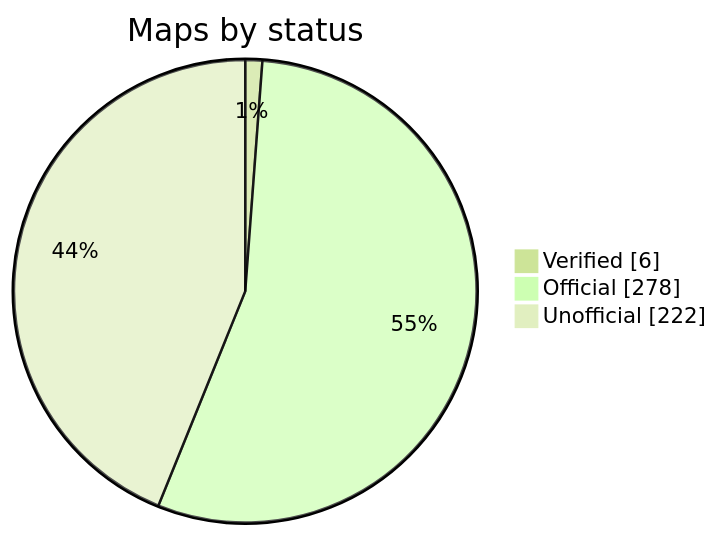
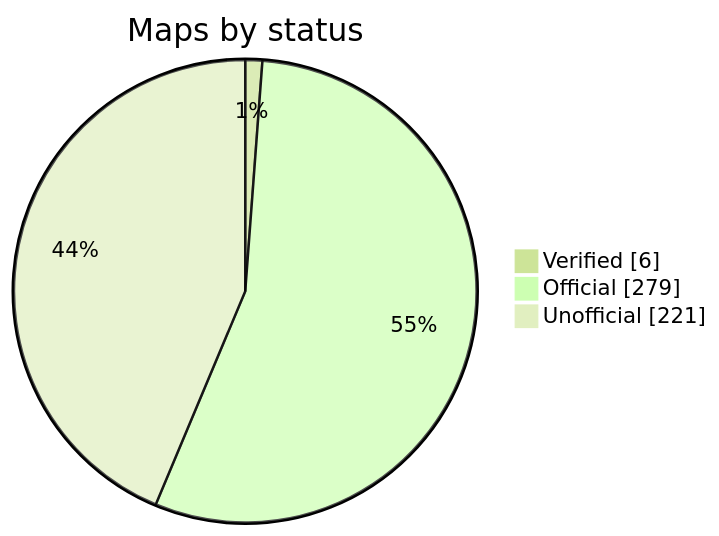
The diagram in README.md (nobrega8/mbmap-library), drawn with Mermaid (forest theme) before and after one commit. The commit also changed 2 other files, not shown here.

Commit message:
Rewrite the Schneider Electric EM1200 / EM1220 map from the user manual (#105)

````diff
--- a/README.md
+++ b/README.md
@@ -48,7 +48,7 @@
 ```mermaid
 pie showData
     title Maps by status
     "Verified" : 6
-    "Official" : 278
-    "Unofficial" : 222
+    "Official" : 279
+    "Unofficial" : 221
 ```
````
